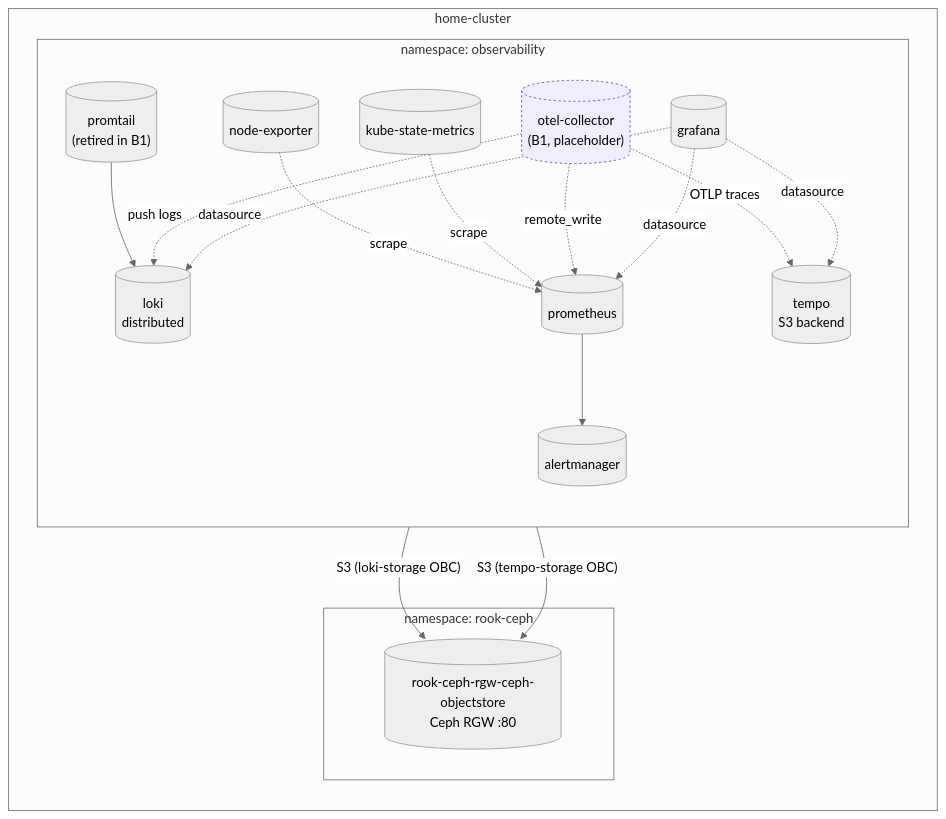
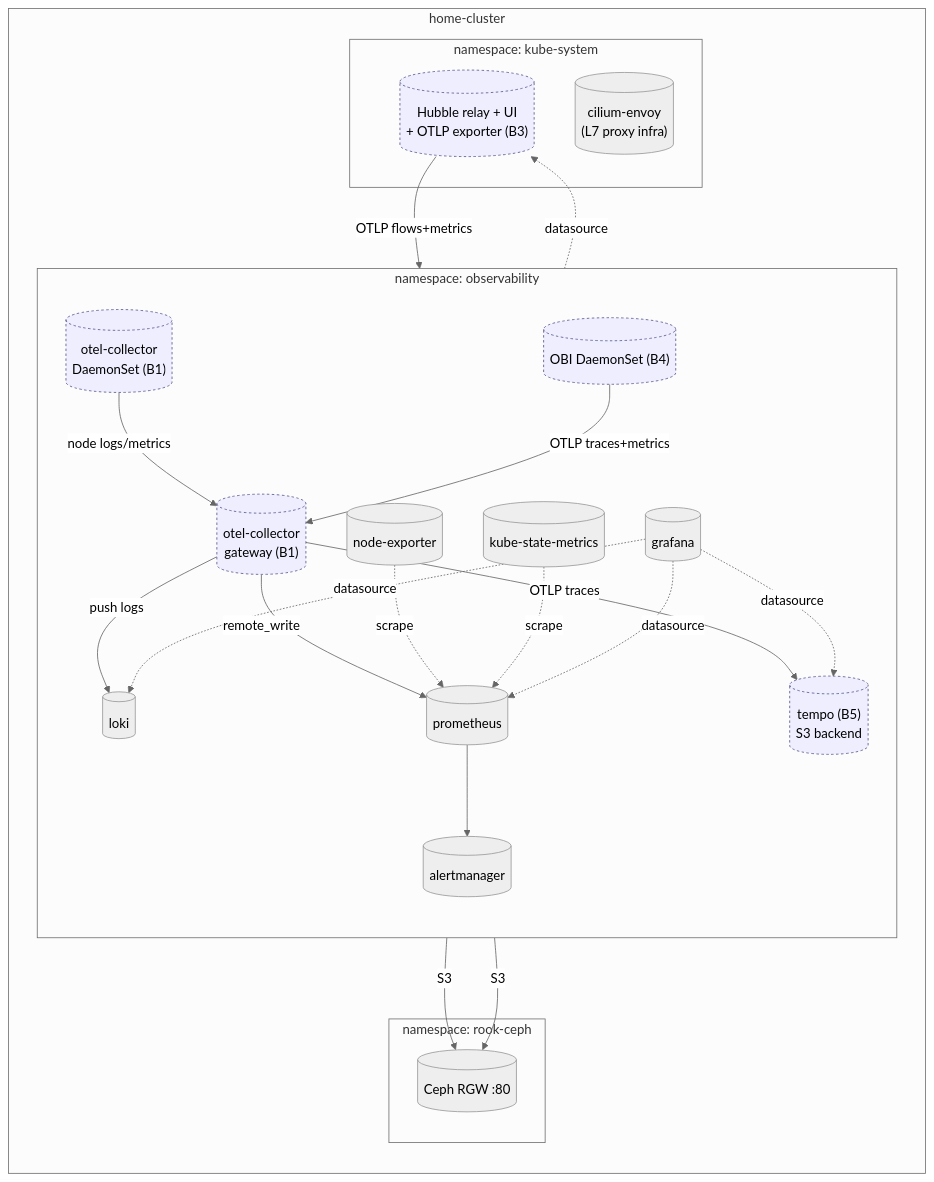
Before and after one commit to TruongHoangPhuLoc/home-lab: the second of 2 diagrams in platform/observability/PLAN.md, drawn with Mermaid (neutral theme). The commit also changed other lines of this file, not shown here.

First line of the commit message:
observability: revise PLAN.md — defer tempo to B5, layered tracing strategy

````diff
--- a/platform/observability/PLAN.md
+++ b/platform/observability/PLAN.md
@@ -143,38 +141,49 @@
 ```mermaid
 flowchart TB
   subgraph cluster["home-cluster"]
     direction TB
 
     subgraph ns_obs["namespace: observability"]
       direction TB
-      promtail[("promtail<br/>(retired in B1)")]
-      loki[("loki<br/>distributed")]
+      otelc_ds[("otel-collector<br/>DaemonSet (B1)")]:::future
+      otelc_gw[("otel-collector<br/>gateway (B1)")]:::future
+      obi[("OBI DaemonSet (B4)")]:::future
+      loki[("loki")]
       prom[("prometheus")]
       am[("alertmanager")]
       graf[("grafana")]
       ksm[("kube-state-metrics")]
       ne[("node-exporter")]
-      tempo_new[("tempo<br/>S3 backend")]
-      otelc[("otel-collector<br/>(B1, placeholder)")]:::future
+      tempo_new[("tempo (B5)<br/>S3 backend")]:::future
+    end
+
+    subgraph ns_kube["namespace: kube-system"]
+      hubble[("Hubble relay + UI<br/>+ OTLP exporter (B3)")]:::future
+      envoy[("cilium-envoy<br/>(L7 proxy infra)")]
     end
 
     subgraph ns_rgw["namespace: rook-ceph"]
-      rgw[("rook-ceph-rgw-ceph-objectstore<br/>Ceph RGW :80")]
+      rgw[("Ceph RGW :80")]
     end
   end
 
-  promtail --> loki
-  loki -- "S3 (loki-storage OBC)" --> rgw
-  tempo_new -- "S3 (tempo-storage OBC)" --> rgw
+  otelc_ds -- node logs/metrics --> otelc_gw
+  obi -- OTLP traces+metrics --> otelc_gw
+  hubble -- OTLP flows+metrics --> otelc_gw
+
+  otelc_gw -- "push logs" --> loki
+  otelc_gw -- "remote_write" --> prom
+  otelc_gw -- "OTLP traces" --> tempo_new
+  loki -- S3 --> rgw
+  tempo_new -- S3 --> rgw
+
   ne -.scrape.-> prom
   ksm -.scrape.-> prom
   prom --> am
-  otelc -. OTLP traces .-> tempo_new
-  otelc -. push logs .-> loki
-  otelc -. remote_write .-> prom
   graf -. datasource .-> prom
   graf -. datasource .-> loki
   graf -. datasource .-> tempo_new
+  graf -. datasource .-> hubble
 
   classDef future fill:#eef,stroke:#558,stroke-dasharray: 3 3;
 ```
````
